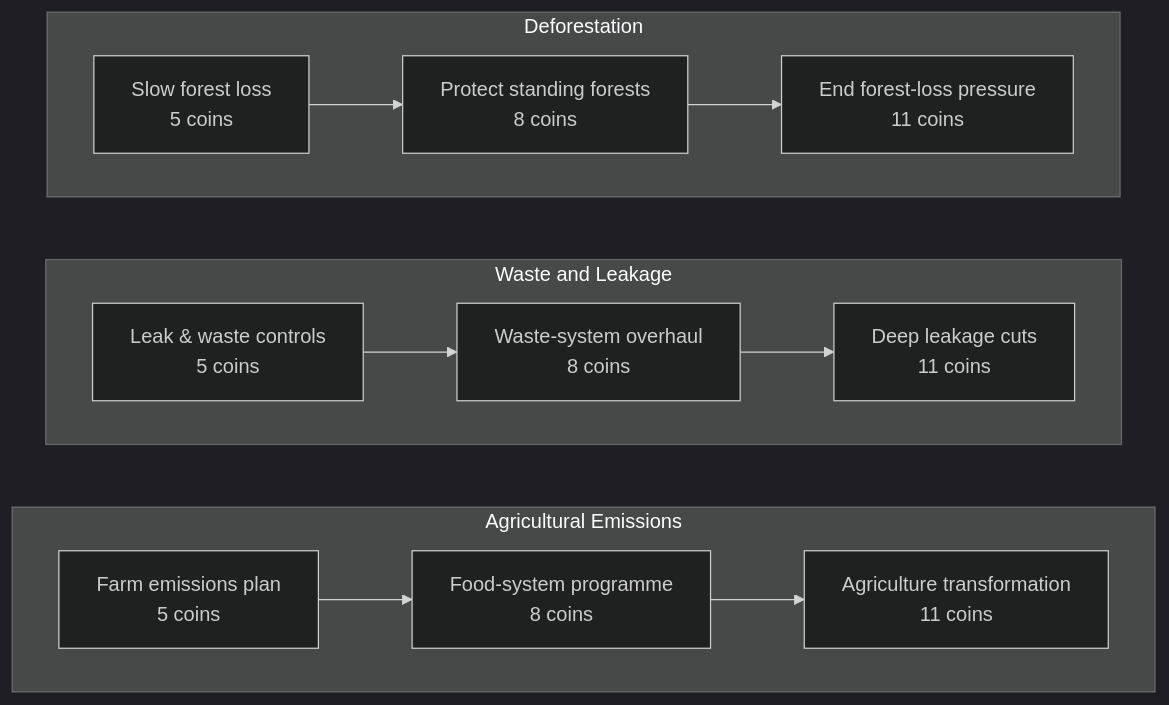
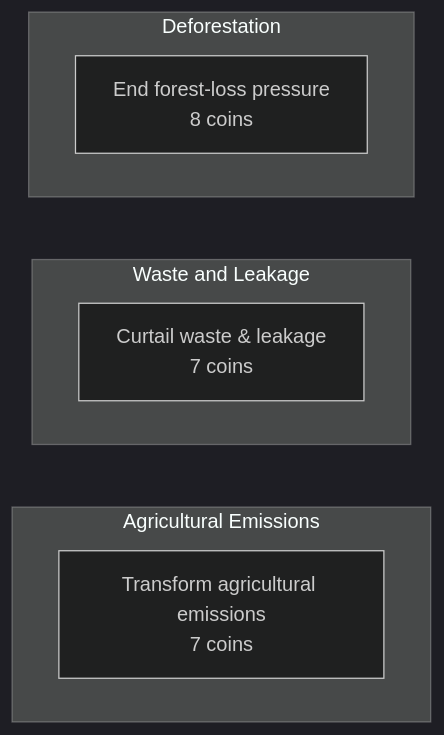
Before and after one commit to A-Weedy-Place/APECS_card-game: the seventh of 9 diagrams in public/card-guide.md, drawn with Mermaid (dark theme). The commit also changed other lines of this file and 43 other files, not shown here.

````diff
--- a/public/card-guide.md
+++ b/public/card-guide.md
@@ -334,27 +188,15 @@
 ```mermaid
 flowchart LR
-  subgraph path_agriculture["Agricultural Emissions"]
+  subgraph agriculture["Agricultural Emissions"]
     direction LR
-    agriculture_main_1["Farm emissions plan<br/>5 coins"]
-    agriculture_main_2["Food-system programme<br/>8 coins"]
-    agriculture_main_3["Agriculture transformation<br/>11 coins"]
-    agriculture_main_1 --> agriculture_main_2
-    agriculture_main_2 --> agriculture_main_3
+    agriculture_v11_1["Transform agricultural emissions<br/>7 coins"]
   end
-  subgraph path_waste["Waste and Leakage"]
+  subgraph waste["Waste and Leakage"]
     direction LR
-    waste_main_1["Leak &amp; waste controls<br/>5 coins"]
-    waste_main_2["Waste-system overhaul<br/>8 coins"]
-    waste_main_3["Deep leakage cuts<br/>11 coins"]
-    waste_main_1 --> waste_main_2
-    waste_main_2 --> waste_main_3
+    waste_v11_1["Curtail waste &amp; leakage<br/>7 coins"]
   end
-  subgraph path_deforestation["Deforestation"]
+  subgraph deforestation["Deforestation"]
     direction LR
-    deforestation_main_1["Slow forest loss<br/>5 coins"]
-    deforestation_main_2["Protect standing forests<br/>8 coins"]
-    deforestation_main_3["End forest-loss pressure<br/>11 coins"]
-    deforestation_main_1 --> deforestation_main_2
-    deforestation_main_2 --> deforestation_main_3
+    deforestation_v11_1["End forest-loss pressure<br/>8 coins"]
   end
 ```
````
